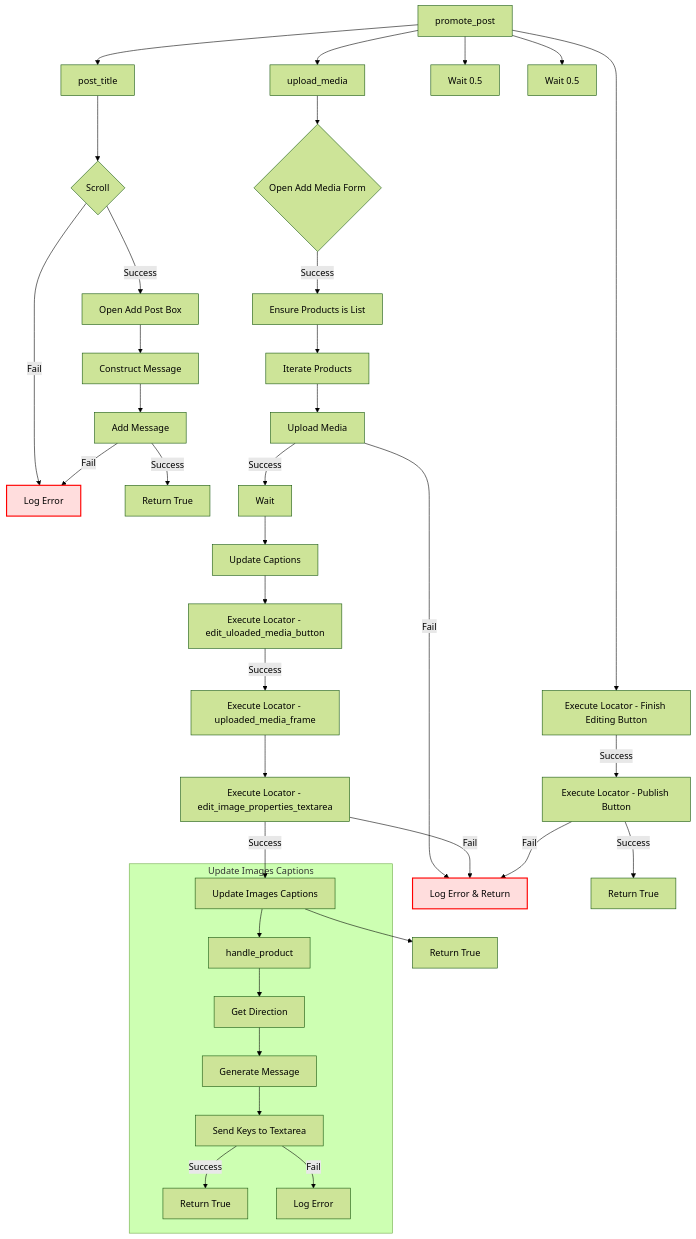
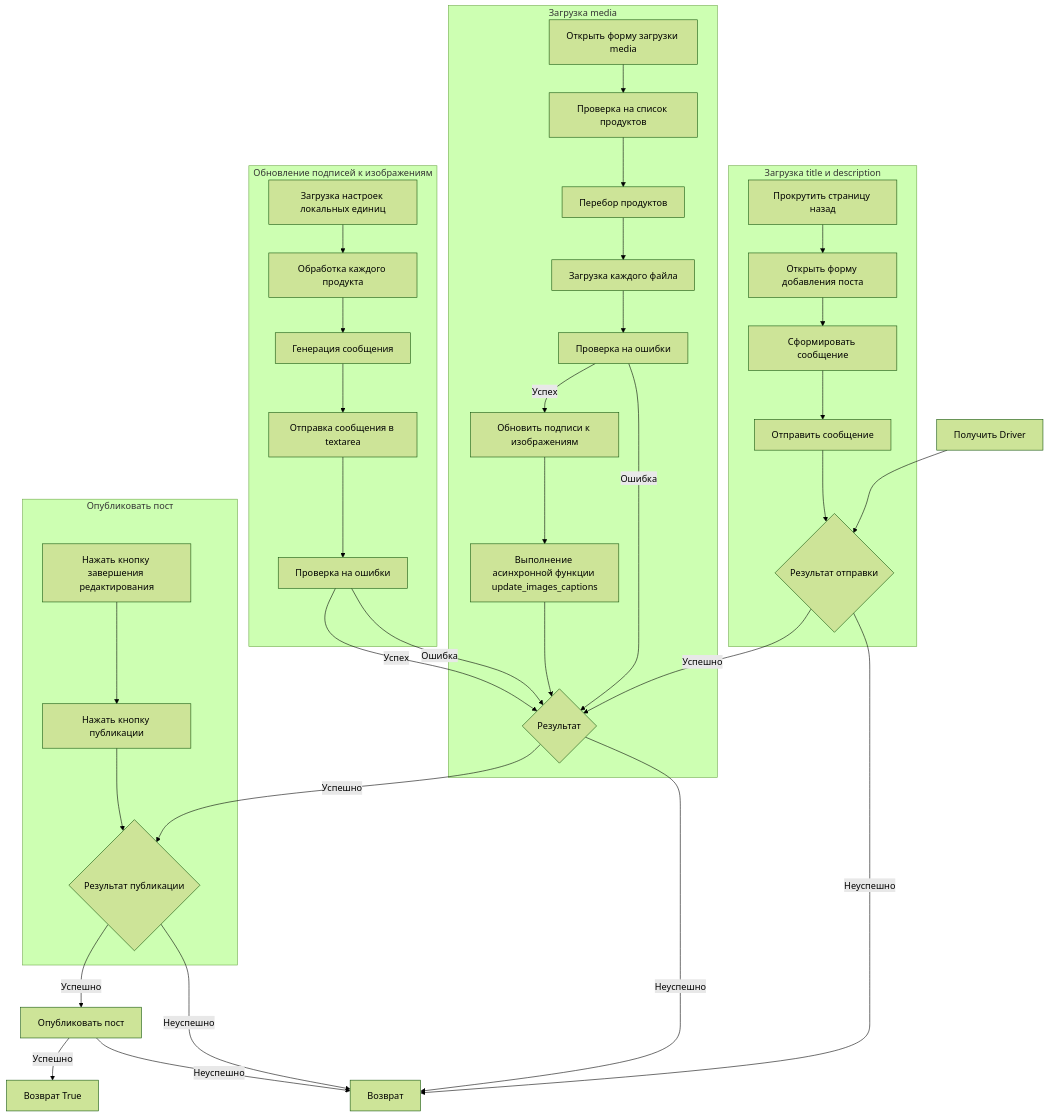
Before and after one commit to hypo69/hypo: the first of 2 diagrams in docs/gemini/ru/explainer/src/endpoints/advertisement/facebook/scenarios/post_message_async.md, drawn with Mermaid (forest theme). The commit also changed other lines of this file and 43 other files, not shown here.

````diff
--- a/docs/gemini/ru/explainer/src/endpoints/advertisement/facebook/scenarios/post_message_async.md
+++ b/docs/gemini/ru/explainer/src/endpoints/advertisement/facebook/scenarios/post_message_async.md
@@ -62,45 +72,50 @@
 ```mermaid
 graph TD
-    A[post_title] --> B{Scroll};
-    B -- Success --> C[Open Add Post Box];
-    B -- Fail --> D[Log Error];
-    C --> E[Construct Message];
-    E --> F[Add Message];
-    F -- Success --> G[Return True];
-    F -- Fail --> D;
-    
-    H[upload_media] --> I{Open Add Media Form};
-    I -- Success --> J[Ensure Products is List];
-    J --> K[Iterate Products];
-    K --> L[Upload Media];
-    L -- Success --> M[Wait];
-    L -- Fail --> N[Log Error & Return];
-    M --> O[Update Captions];
-    O --> P[Execute Locator - edit_uloaded_media_button]
-    P -- Success --> Q[Execute Locator - uploaded_media_frame];
-    Q --> R[Execute Locator - edit_image_properties_textarea];
-    R -- Success --> S[Update Images Captions];
-    R -- Fail --> N;
-    S --> T[Return True];
+    A[Получить Driver] --> B{Проверка загрузки title и description};
+    B -- Успешно --> C[Загрузить media];
+    B -- Неуспешно --> D[Возврат];
+    C -- Успешно --> E[Завершить редактирование];
+    C -- Неуспешно --> D;
+    E -- Успешно --> F[Опубликовать пост];
+    E -- Неуспешно --> D;
+    F -- Успешно --> G[Возврат True];
+    F -- Неуспешно --> D;
 
-    U[promote_post] --> A;
-    U --> H;
-    U --> V[Wait 0.5];
-    U --> W[Wait 0.5];
-    U --> X[Execute Locator - Finish Editing Button];
-    X -- Success --> Y[Execute Locator - Publish Button];
-    Y -- Success --> Z[Return True];
-    Y -- Fail --> N;
-    
-    subgraph Update Images Captions
-        S --> AA[handle_product];
-        AA --> AB[Get Direction];
-        AB --> AC[Generate Message];
-        AC --> AD[Send Keys to Textarea];
-        AD -- Success --> AE[Return True];
-        AD -- Fail --> AF[Log Error];
+    subgraph "Загрузка title и description"
+        B1[Прокрутить страницу назад];
+        B1 --> B2[Открыть форму добавления поста];
+        B2 --> B3[Сформировать сообщение];
+        B3 --> B4[Отправить сообщение];
+        B4 --> B{Результат отправки};
     end
     
-    style D fill:#fdd,stroke:#ff0000,stroke-width:2px;
-    style N fill:#fdd,stroke:#ff0000,stroke-width:2px;
+    subgraph "Загрузка media"
+        C1[Открыть форму загрузки media];
+        C1 --> C2[Проверка на список продуктов];
+        C2 --> C3[Перебор продуктов];
+        C3 --> C4[Загрузка каждого файла];
+        C4 --> C5[Проверка на ошибки];
+        C5 -- Ошибка --> C{Возврат};
+        C5 -- Успех --> C6[Обновить подписи к изображениям];
+        C6 --> C7[Выполнение асинхронной функции update_images_captions];
+        C7 --> C{Результат update_images_captions};
+
+    end
+
+    subgraph "Обновление подписей к изображениям"
+        C71[Загрузка настроек локальных единиц];
+        C71 --> C72[Обработка каждого продукта];
+        C72 --> C73[Генерация сообщения];
+        C73 --> C74[Отправка сообщения в textarea];
+        C74 --> C75[Проверка на ошибки];
+        C75 -- Ошибка --> C{Возврат};
+        C75 -- Успех --> C{Результат};
+    end
+
+    subgraph "Опубликовать пост"
+        E1[Нажать кнопку завершения редактирования];
+        E1 --> E2[Нажать кнопку публикации];
+        E2 --> E{Результат публикации};
+    end
+
 ```
````
